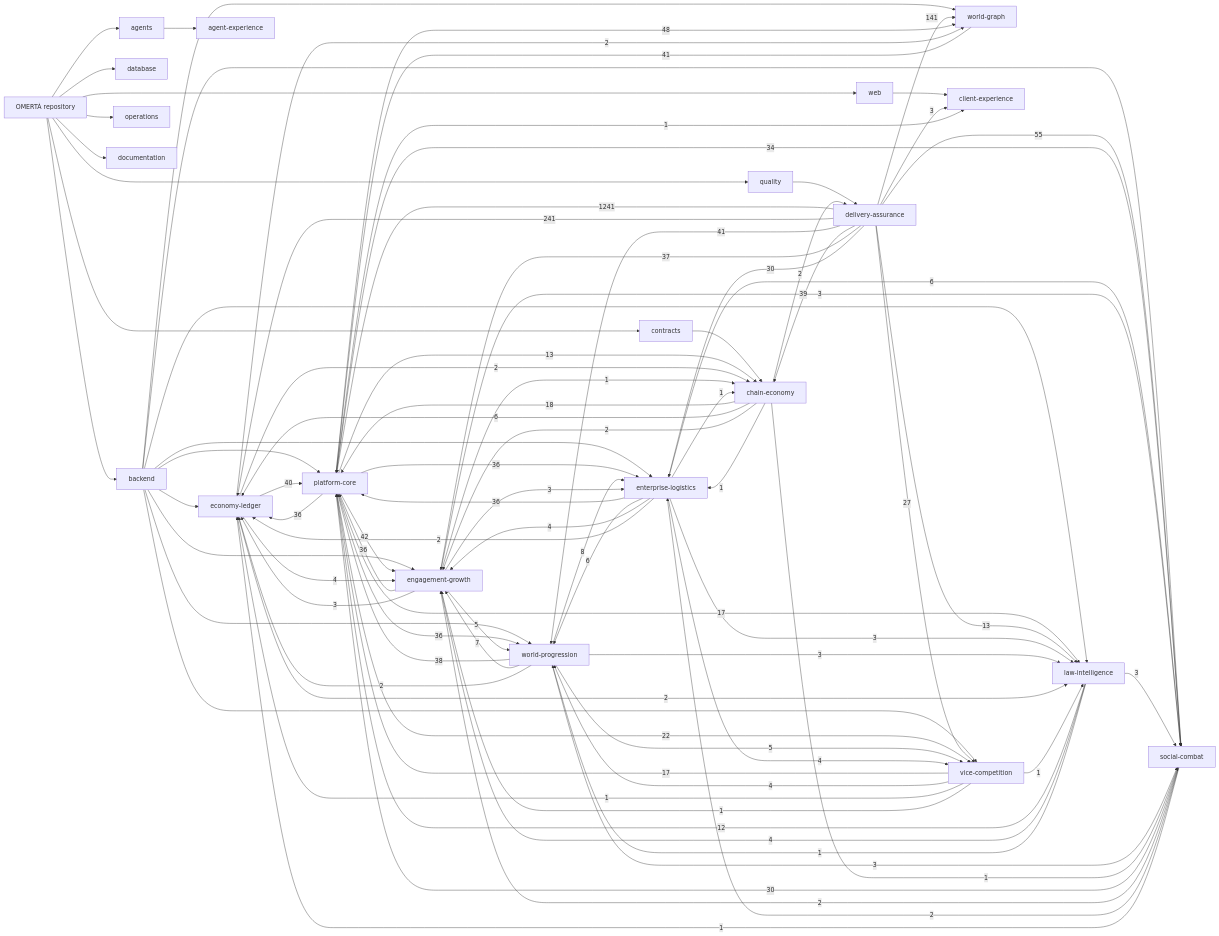
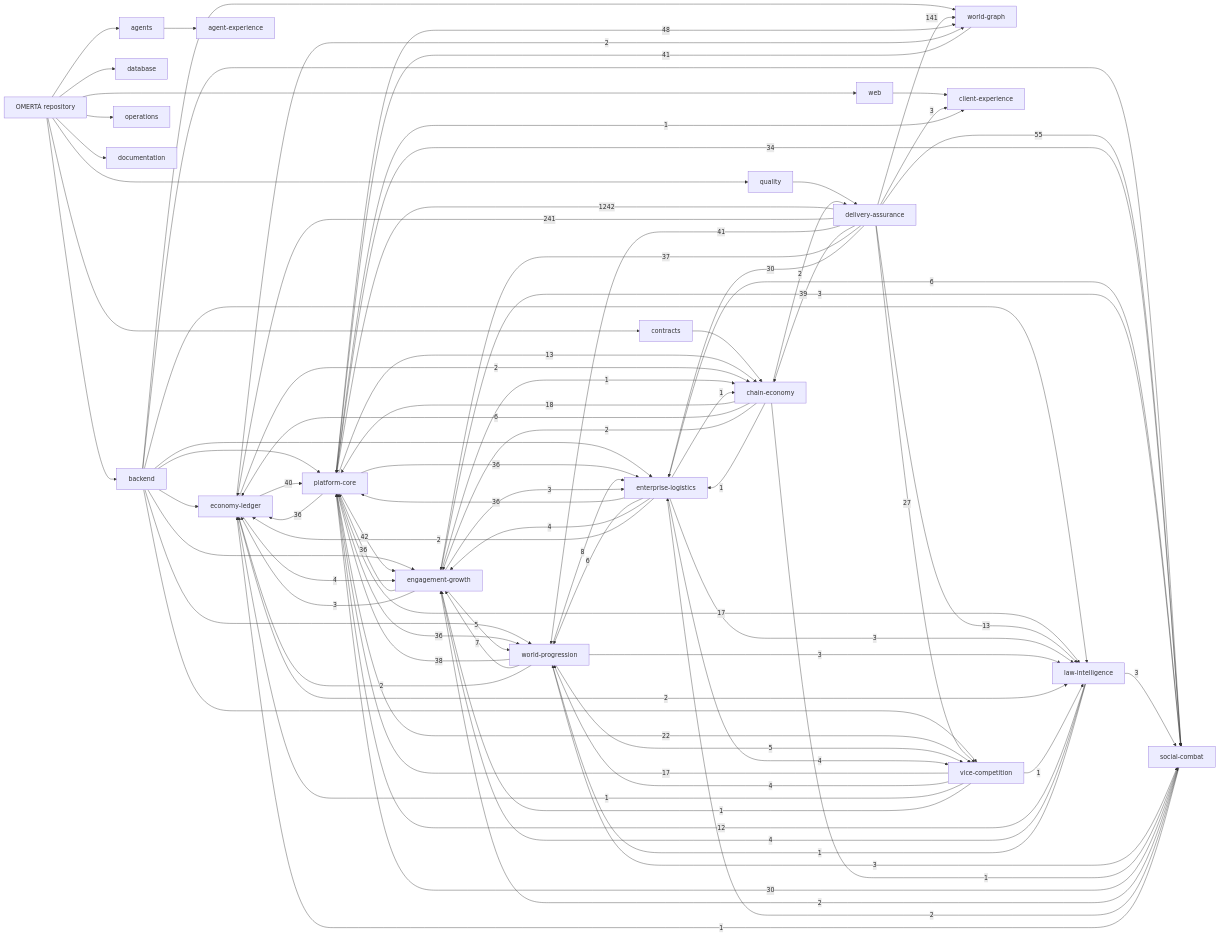
Before and after one commit to OmertaDev/Omerta: the diagram in knowledge/generated/graph.mmd, drawn with Mermaid. The commit also changed 6 other files, not shown here.

```diff
--- a/knowledge/generated/graph.mmd
+++ b/knowledge/generated/graph.mmd
@@ -1,111 +1,111 @@
 flowchart LR
   repo["OMERTÀ repository"]
   sub_backend["backend"]
   repo --> sub_backend
   sub_database["database"]
   repo --> sub_database
   sub_web["web"]
   repo --> sub_web
   sub_contracts["contracts"]
   repo --> sub_contracts
   sub_agents["agents"]
   repo --> sub_agents
   sub_quality["quality"]
   repo --> sub_quality
   sub_operations["operations"]
   repo --> sub_operations
   sub_documentation["documentation"]
   repo --> sub_documentation
   dom_platform-core["platform-core"]
   dom_economy-ledger["economy-ledger"]
   dom_social-combat["social-combat"]
   dom_world-progression["world-progression"]
   dom_world-graph["world-graph"]
   dom_enterprise-logistics["enterprise-logistics"]
   dom_vice-competition["vice-competition"]
   dom_law-intelligence["law-intelligence"]
   dom_chain-economy["chain-economy"]
   dom_engagement-growth["engagement-growth"]
   dom_client-experience["client-experience"]
   dom_agent-experience["agent-experience"]
   dom_delivery-assurance["delivery-assurance"]
   sub_agents --> dom_agent-experience
   sub_backend --> dom_economy-ledger
   sub_backend --> dom_engagement-growth
   sub_backend --> dom_enterprise-logistics
   sub_backend --> dom_law-intelligence
   sub_backend --> dom_platform-core
   sub_backend --> dom_social-combat
   sub_backend --> dom_vice-competition
   sub_backend --> dom_world-graph
   sub_backend --> dom_world-progression
   sub_contracts --> dom_chain-economy
   sub_quality --> dom_delivery-assurance
   sub_web --> dom_client-experience
-  dom_delivery-assurance -->|1241| dom_platform-core
+  dom_delivery-assurance -->|1242| dom_platform-core
   dom_delivery-assurance -->|241| dom_economy-ledger
   dom_delivery-assurance -->|141| dom_world-graph
   dom_delivery-assurance -->|55| dom_social-combat
   dom_platform-core -->|48| dom_world-graph
   dom_platform-core -->|42| dom_engagement-growth
   dom_delivery-assurance -->|41| dom_world-progression
   dom_world-graph -->|41| dom_platform-core
   dom_economy-ledger -->|40| dom_platform-core
   dom_delivery-assurance -->|39| dom_chain-economy
   dom_world-progression -->|38| dom_platform-core
   dom_delivery-assurance -->|37| dom_engagement-growth
   dom_engagement-growth -->|36| dom_platform-core
   dom_enterprise-logistics -->|36| dom_platform-core
   dom_platform-core -->|36| dom_economy-ledger
   dom_platform-core -->|36| dom_enterprise-logistics
   dom_platform-core -->|36| dom_world-progression
   dom_platform-core -->|34| dom_social-combat
   dom_delivery-assurance -->|30| dom_enterprise-logistics
   dom_social-combat -->|30| dom_platform-core
   dom_delivery-assurance -->|27| dom_vice-competition
   dom_platform-core -->|22| dom_vice-competition
   dom_chain-economy -->|18| dom_platform-core
   dom_platform-core -->|17| dom_law-intelligence
   dom_vice-competition -->|17| dom_platform-core
   dom_delivery-assurance -->|13| dom_law-intelligence
   dom_platform-core -->|13| dom_chain-economy
   dom_law-intelligence -->|12| dom_platform-core
   dom_world-progression -->|8| dom_enterprise-logistics
   dom_world-progression -->|7| dom_engagement-growth
   dom_chain-economy -->|6| dom_economy-ledger
   dom_enterprise-logistics -->|6| dom_social-combat
   dom_enterprise-logistics -->|6| dom_world-progression
   dom_engagement-growth -->|5| dom_world-progression
   dom_world-progression -->|5| dom_vice-competition
   dom_economy-ledger -->|4| dom_engagement-growth
   dom_enterprise-logistics -->|4| dom_engagement-growth
   dom_enterprise-logistics -->|4| dom_vice-competition
   dom_law-intelligence -->|4| dom_engagement-growth
   dom_vice-competition -->|4| dom_world-progression
   dom_delivery-assurance -->|3| dom_client-experience
   dom_engagement-growth -->|3| dom_economy-ledger
   dom_engagement-growth -->|3| dom_enterprise-logistics
   dom_engagement-growth -->|3| dom_social-combat
   dom_enterprise-logistics -->|3| dom_law-intelligence
   dom_law-intelligence -->|3| dom_social-combat
   dom_world-progression -->|3| dom_law-intelligence
   dom_world-progression -->|3| dom_social-combat
   dom_chain-economy -->|2| dom_delivery-assurance
   dom_chain-economy -->|2| dom_engagement-growth
   dom_economy-ledger -->|2| dom_chain-economy
   dom_economy-ledger -->|2| dom_law-intelligence
   dom_economy-ledger -->|2| dom_world-graph
   dom_enterprise-logistics -->|2| dom_economy-ledger
   dom_social-combat -->|2| dom_engagement-growth
   dom_social-combat -->|2| dom_enterprise-logistics
   dom_world-progression -->|2| dom_economy-ledger
   dom_chain-economy -->|1| dom_enterprise-logistics
   dom_chain-economy -->|1| dom_social-combat
   dom_engagement-growth -->|1| dom_chain-economy
   dom_enterprise-logistics -->|1| dom_chain-economy
   dom_law-intelligence -->|1| dom_world-progression
   dom_platform-core -->|1| dom_client-experience
   dom_social-combat -->|1| dom_economy-ledger
   dom_vice-competition -->|1| dom_economy-ledger
   dom_vice-competition -->|1| dom_engagement-growth
   dom_vice-competition -->|1| dom_law-intelligence
```
